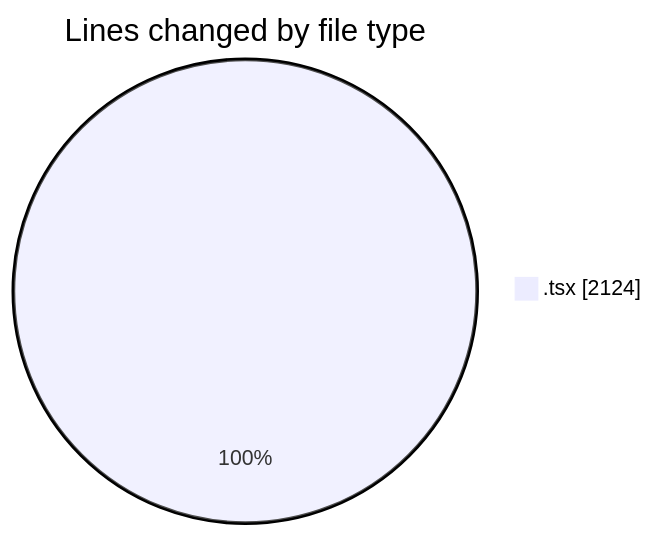
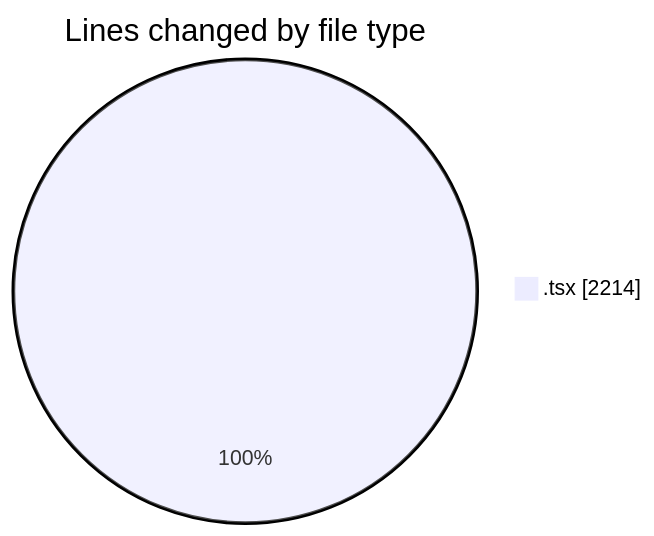
The first of 2 diagrams in 2026-06-22/nxtqube_webapp/README.md (nxtqubesakshisongat/code-tracking), drawn with Mermaid before and after one commit. The commit also changed other lines of this file and 1 other file, not shown here.

````diff
--- a/2026-06-22/nxtqube_webapp/README.md
+++ b/2026-06-22/nxtqube_webapp/README.md
@@ -21,5 +21,5 @@
 ```mermaid
 pie showData
 title Lines changed by file type
-".tsx" : 2124
+".tsx" : 2214
 ```
````
